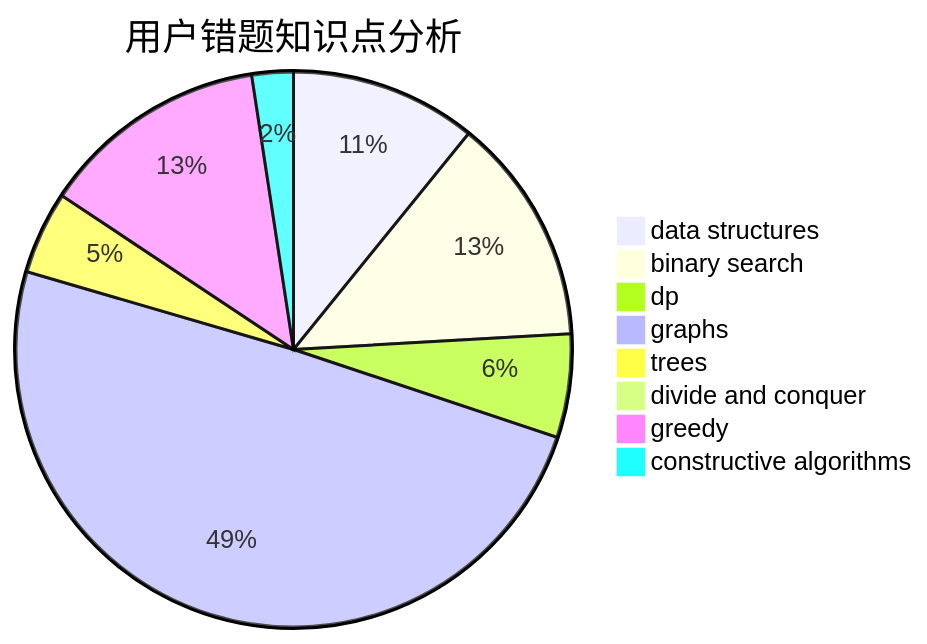
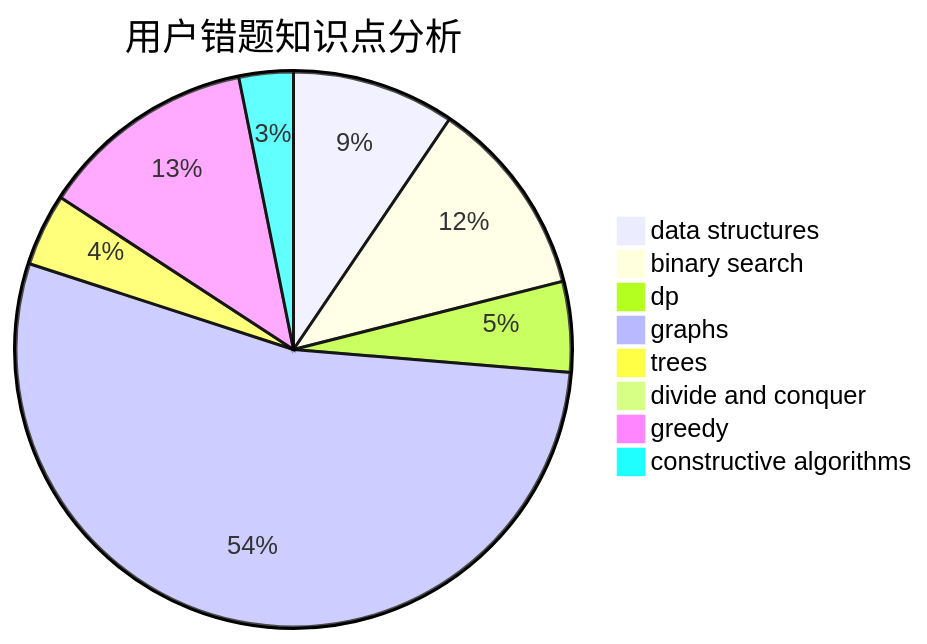
One commit to sherpahu/cfrs.github.io changed the third of 3 diagrams in docs/user/u135.md. Above: the diagram before and after it, drawn with Mermaid. The commit also changed other lines of this file and 2770 other files, not shown here.

````diff
--- a/docs/user/u135.md
+++ b/docs/user/u135.md
@@ -36,11 +36,11 @@
 ```mermaid
 pie title 用户错题知识点分析
     "data structures" :  9
     "binary search" :  11
     "dp" :  5
-    "graphs" :  41
+    "graphs" :  51
     "trees" :  4
     "divide and conquer" :  0
-    "greedy" :  11
-    "constructive algorithms" :  2
+    "greedy" :  12
+    "constructive algorithms" :  3
 ```
````
